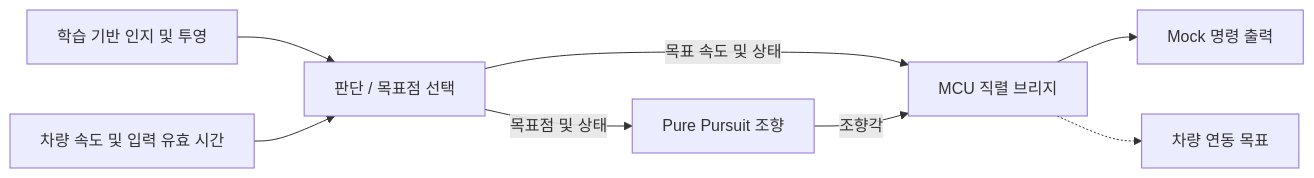
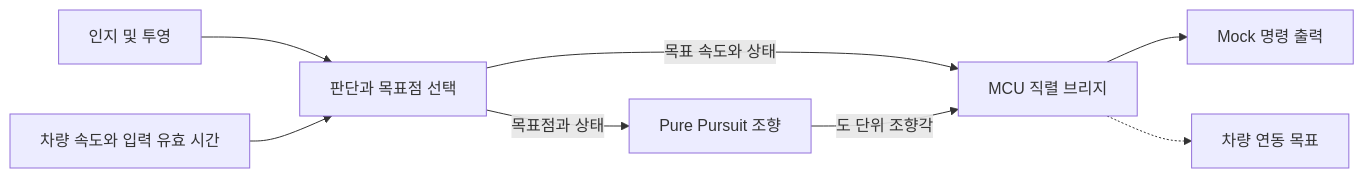
Before and after one commit to steveandy-sudo/vmodel-driving-portfolio: the diagram in README.ko.md, drawn with Mermaid. The commit also changed other lines of this file and 2 other files, not shown here.

````diff
--- a/README.ko.md
+++ b/README.ko.md
@@ -37,10 +35,10 @@
 ```mermaid
 flowchart LR
-    Perception[학습 기반 인지 및 투영] --> Behavior[판단 / 목표점 선택]
-    Feedback[차량 속도 및 입력 유효 시간] --> Behavior
-    Behavior -->|목표점 및 상태| Steering[Pure Pursuit 조향]
-    Behavior -->|목표 속도 및 상태| Bridge[MCU 직렬 브리지]
-    Steering -->|조향각| Bridge
+    Perception[인지 및 투영] --> Behavior[판단과 목표점 선택]
+    Feedback[차량 속도와 입력 유효 시간] --> Behavior
+    Behavior -->|목표점과 상태| Steering[Pure Pursuit 조향]
+    Behavior -->|목표 속도와 상태| Bridge[MCU 직렬 브리지]
+    Steering -->|도 단위 조향각| Bridge
     Bridge --> Mock[Mock 명령 출력]
     Bridge -.-> MCU[차량 연동 목표]
 ```
````
